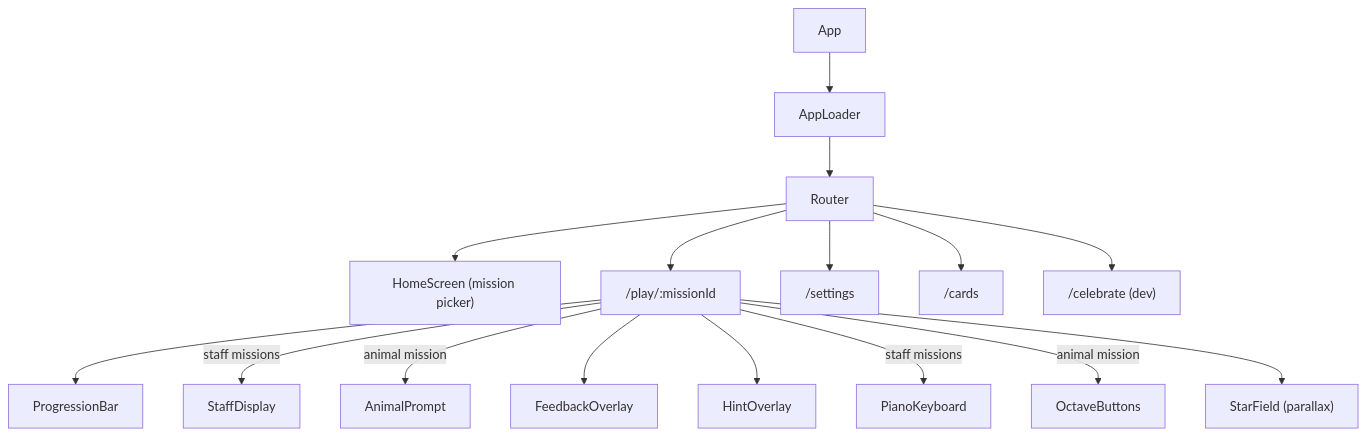
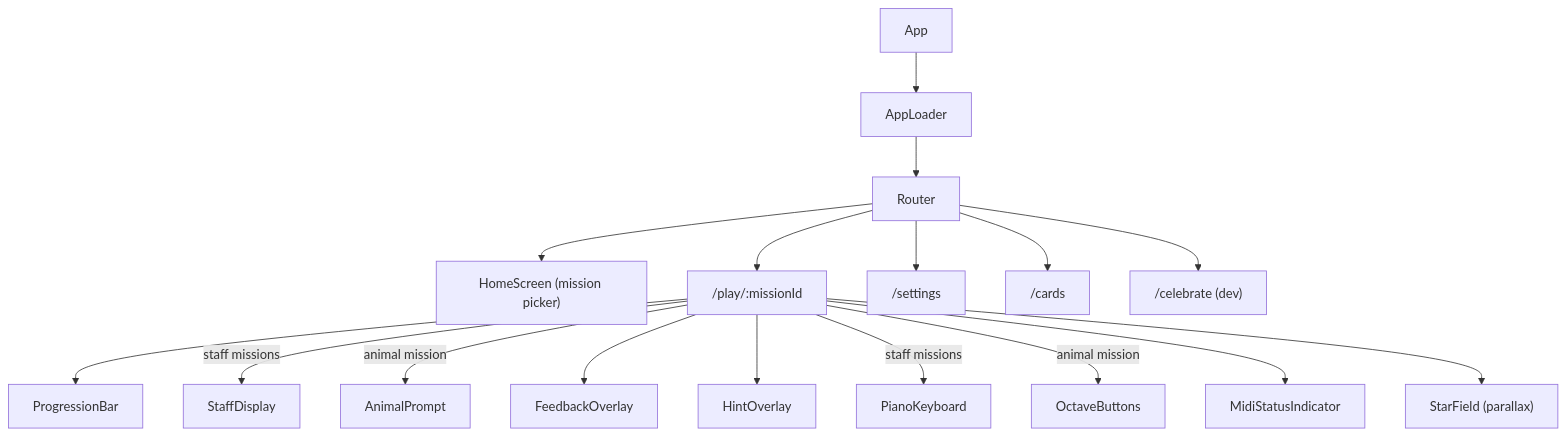
One commit to dpkay/vibeyond changed the second of 2 diagrams in docs/TDD.md. Above: the diagram before and after it, drawn with Mermaid. The commit also changed other lines of this file and 14 other files, not shown here.

````diff
--- a/docs/TDD.md
+++ b/docs/TDD.md
@@ -83,18 +85,19 @@
 ```mermaid
 graph TD
     App --> AppLoader
     AppLoader --> Router
     Router --> HomeScreen["HomeScreen (mission picker)"]
     Router --> SessionScreen["/play/:missionId"]
     Router --> ParentSettingsScreen["/settings"]
     Router --> CardInspectorScreen["/cards"]
     Router --> Celebration["/celebrate (dev)"]
     SessionScreen --> ProgressionBar
     SessionScreen -->|staff missions| StaffDisplay
     SessionScreen -->|animal mission| AnimalPrompt
     SessionScreen --> FeedbackOverlay
     SessionScreen --> HintOverlay
     SessionScreen -->|staff missions| PianoKeyboard
     SessionScreen -->|animal mission| OctaveButtons
+    SessionScreen --> MidiStatusIndicator
     SessionScreen --> StarField["StarField (parallax)"]
 ```
````
